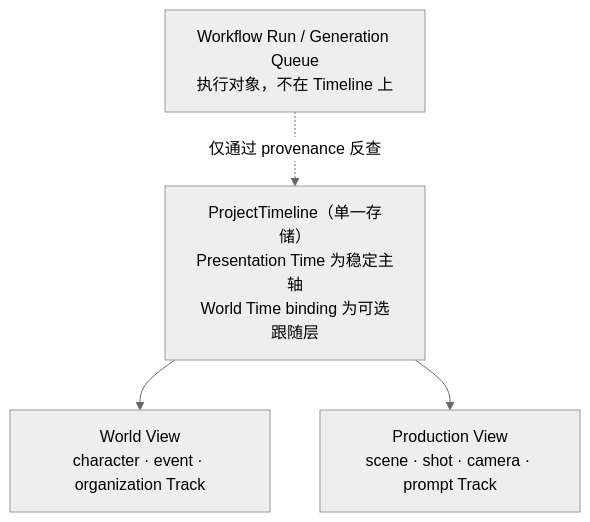
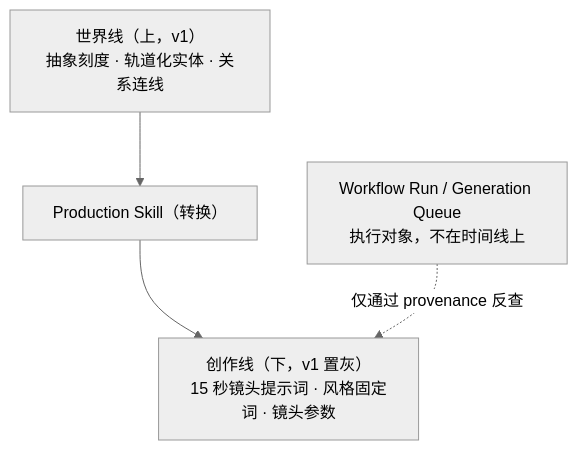
One commit to qingyu-ak/Zivith changed the second of 2 diagrams in docs/product/UI-Information-Architecture.md. Above: the diagram before and after it, drawn with Mermaid (neutral theme). The commit also changed other lines of this file and 16 other files, not shown here.

````diff
--- a/docs/product/UI-Information-Architecture.md
+++ b/docs/product/UI-Information-Architecture.md
@@ -158,10 +167,9 @@
 ```mermaid
 flowchart TD
-    Store["ProjectTimeline（单一存储）<br/>Presentation Time 为稳定主轴<br/>World Time binding 为可选跟随层"]
-    WV["World View<br/>character · event · organization Track"]
-    PV["Production View<br/>scene · shot · camera · prompt Track"]
-    Exec["Workflow Run / Generation Queue<br/>执行对象，不在 Timeline 上"]
-    Store --> WV
-    Store --> PV
-    Exec -.->|"仅通过 provenance 反查"| Store
+    WL["世界线（上，v1）<br/>抽象刻度 · 轨道化实体 · 关系连线"]
+    SK["Production Skill（转换）"]
+    PL["创作线（下，v1 置灰）<br/>15 秒镜头提示词 · 风格固定词 · 镜头参数"]
+    Exec["Workflow Run / Generation Queue<br/>执行对象，不在时间线上"]
+    WL --> SK --> PL
+    Exec -.->|"仅通过 provenance 反查"| PL
 ```
````
